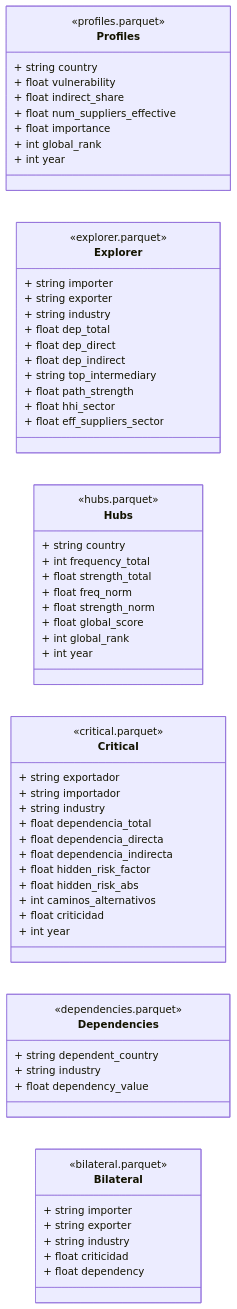
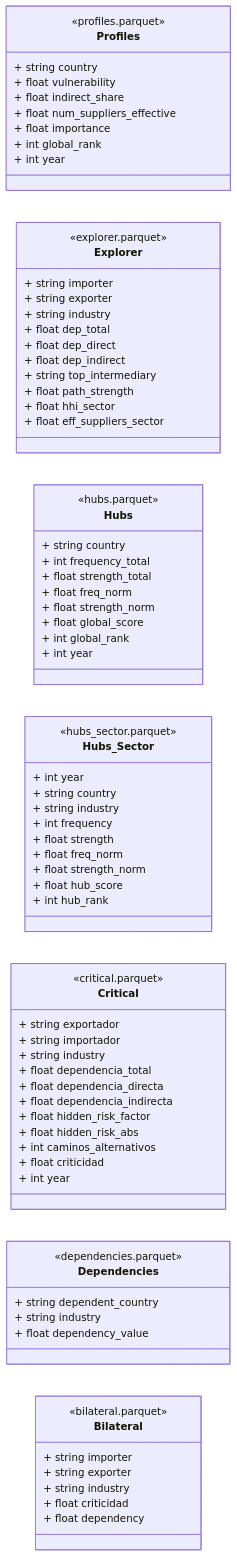
The fifth of 7 diagrams in README.md (mhidper/Seguridad-Economica), drawn with Mermaid before and after one commit. The commit also changed other lines of this file, not shown here.

Commit message:
docs: add hubs_sector data structure documentation to README models and diagrams

```diff
--- a/README.md
+++ b/README.md
@@ -273,6 +275,19 @@
         + int global_rank
         + int year
     }
+    
+    class Hubs_Sector {
+        <<hubs_sector.parquet>>
+        + int year
+        + string country
+        + string industry
+        + int frequency
+        + float strength
+        + float freq_norm
+        + float strength_norm
+        + float hub_score
+        + int hub_rank
+    }
 
     class Critical {
         <<critical.parquet>>
```
